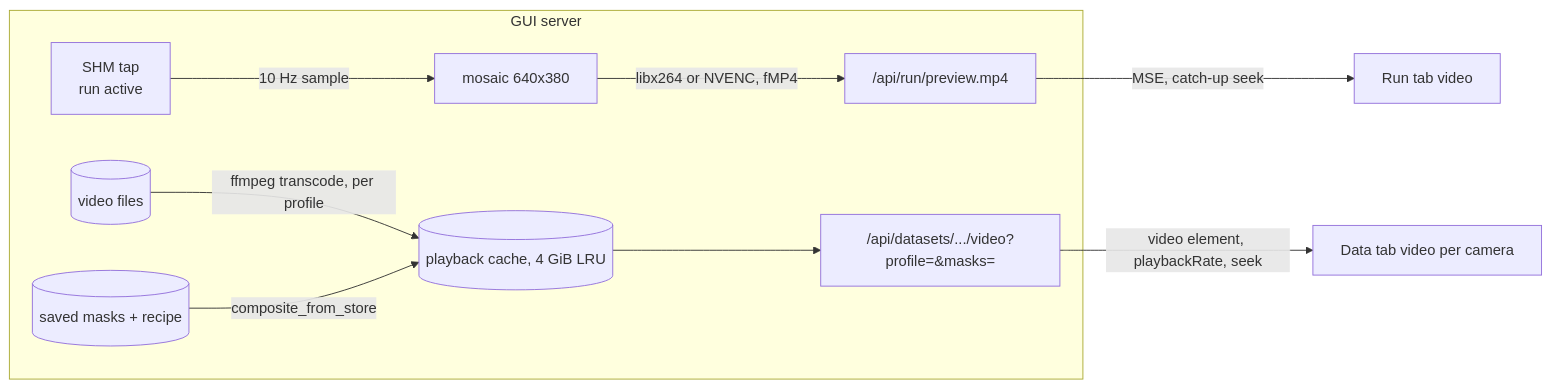
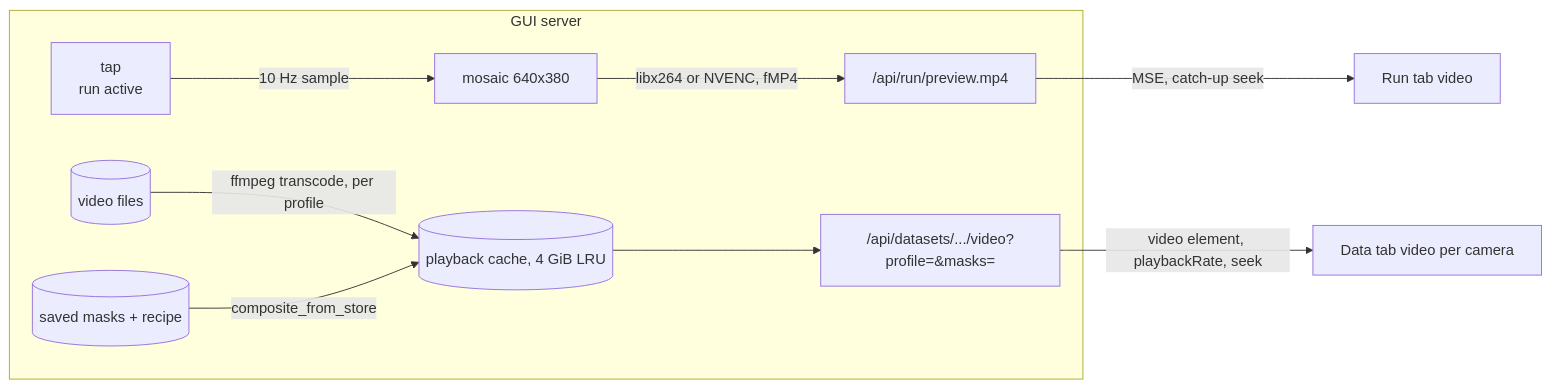
One commit to TheWisp/lerobot changed the seventh of 9 diagrams in src/lerobot/gui/docs/camera_video_transport.md. Above: the diagram before and after it, drawn with Mermaid. The commit also changed other lines of this file, not shown here.

````diff
--- a/src/lerobot/gui/docs/camera_video_transport.md
+++ b/src/lerobot/gui/docs/camera_video_transport.md
@@ -328,11 +540,11 @@
 ```mermaid
 flowchart LR
   subgraph server[GUI server]
-    shm["SHM tap<br/>run active"] -->|10 Hz sample| mosaic[mosaic 640x380] -->|libx264 or NVENC, fMP4| ps["/api/run/preview.mp4"]
+    shm["tap<br/>run active"] -->|10 Hz sample| mosaic[mosaic 640x380] -->|libx264 or NVENC, fMP4| ps["/api/run/preview.mp4"]
     vid[(video files)] -->|ffmpeg transcode, per profile| cache[(playback cache, 4 GiB LRU)]
     masks[(saved masks + recipe)] -->|composite_from_store| cache
     cache --> ve["/api/datasets/.../video?profile=&masks="]
   end
   ps -->|MSE, catch-up seek| run[Run tab video]
   ve -->|video element, playbackRate, seek| data[Data tab video per camera]
 ```
````
